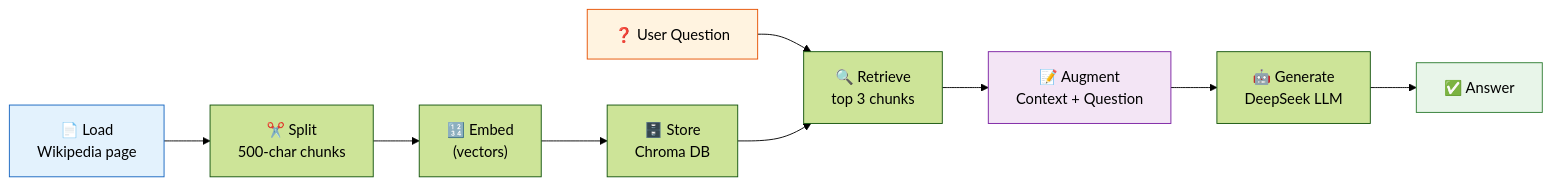
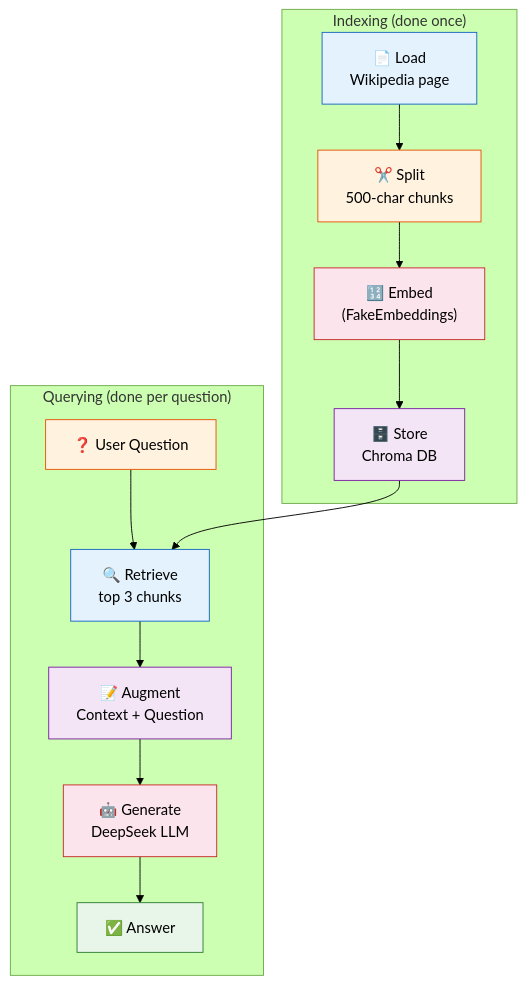
The first of 2 diagrams in 10_rag/README.md (remolaan/Agentic-AI-Cookbook), drawn with Mermaid (forest theme) before and after one commit. The commit also changed other lines of this file and 16 other files, not shown here.

Commit message:
Enhance READMEs 02-18 with Mermaid diagrams and detailed explanations

````diff
--- a/10_rag/README.md
+++ b/10_rag/README.md
@@ -9,17 +13,26 @@
 ```mermaid
-flowchart LR
-    A["📄 Load<br/>Wikipedia page"] --> B["✂️ Split<br/>500-char chunks"]
-    B --> C["🔢 Embed<br/>(vectors)"]
-    C --> D["🗄️ Store<br/>Chroma DB"]
+flowchart TB
+    subgraph "Indexing (done once)"
+        L["📄 Load<br/>Wikipedia page"] --> S["✂️ Split<br/>500-char chunks"]
+        S --> E["🔢 Embed<br/>(FakeEmbeddings)"]
+        E --> ST["🗄️ Store<br/>Chroma DB"]
+    end
     
-    Q["❓ User Question"] --> F["🔍 Retrieve<br/>top 3 chunks"]
-    D --> F
-    F --> G["📝 Augment<br/>Context + Question"]
-    G --> H["🤖 Generate<br/>DeepSeek LLM"]
-    H --> I["✅ Answer"]
+    subgraph "Querying (done per question)"
+        Q["❓ User Question"] --> R["🔍 Retrieve<br/>top 3 chunks"]
+        ST --> R
+        R --> A["📝 Augment<br/>Context + Question"]
+        A --> G["🤖 Generate<br/>DeepSeek LLM"]
+        G --> ANS["✅ Answer"]
+    end
     
-    style A fill:#e3f2fd,stroke:#1565c0
+    style L fill:#e3f2fd,stroke:#1565c0
+    style S fill:#fff3e0,stroke:#e65100
+    style E fill:#fce4ec,stroke:#c62828
+    style ST fill:#f3e5f5,stroke:#7b1fa2
     style Q fill:#fff3e0,stroke:#e65100
-    style I fill:#e8f5e9,stroke:#2e7d32
-    style G fill:#f3e5f5,stroke:#7b1fa2
+    style R fill:#e3f2fd,stroke:#1565c0
+    style A fill:#f3e5f5,stroke:#7b1fa2
+    style G fill:#fce4ec,stroke:#c62828
+    style ANS fill:#e8f5e9,stroke:#2e7d32
 ```
````
